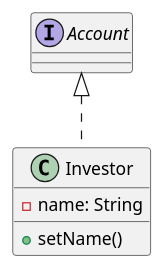
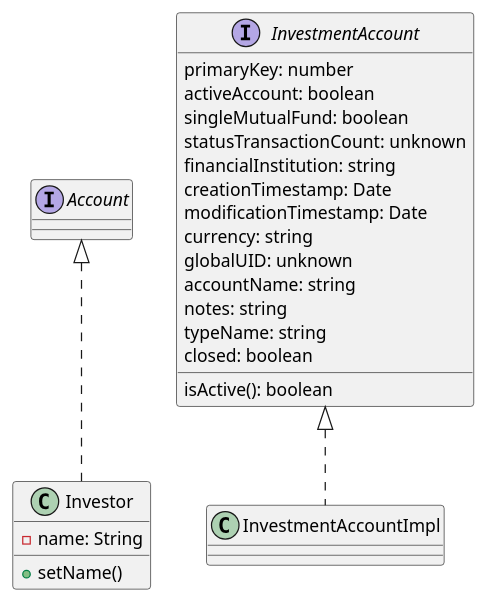
The diagram in classes.plantUML (tim-rohrer/quicken-data-extractor), drawn with PlantUML before and after one commit. The commit also changed 21 other files, not shown here.

```diff
--- a/classes.plantUML
+++ b/classes.plantUML
@@ -1,13 +1,30 @@
 @startuml Classes and Interfaces
 ' skinparam linetype ortho
 
 class Investor implements Account {
 - name: String
 + setName()
 }
 
-interface "Account" {
+interface "InvestmentAccount" {
+  primaryKey: number
+  activeAccount: boolean
+  singleMutualFund: boolean
+  statusTransactionCount: unknown
+  financialInstitution: string
+  creationTimestamp: Date
+  modificationTimestamp: Date
+  currency: string
+  globalUID: unknown
+  accountName: string
+  notes: string
+  typeName: string
+  closed: boolean
+  isActive(): boolean
+}
+
+class "InvestmentAccountImpl" implements InvestmentAccount {
 
 }
 
 @enduml
```
